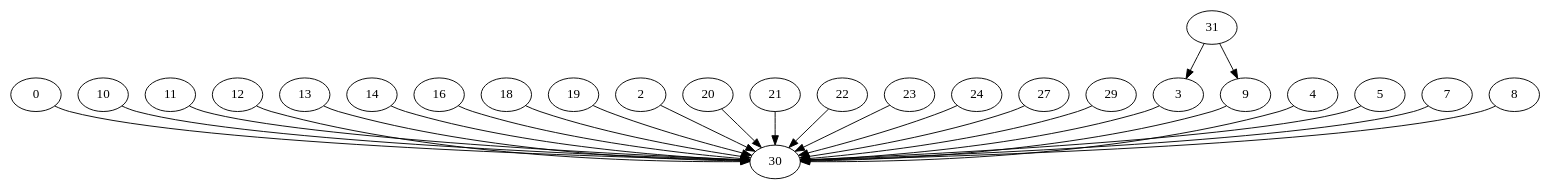
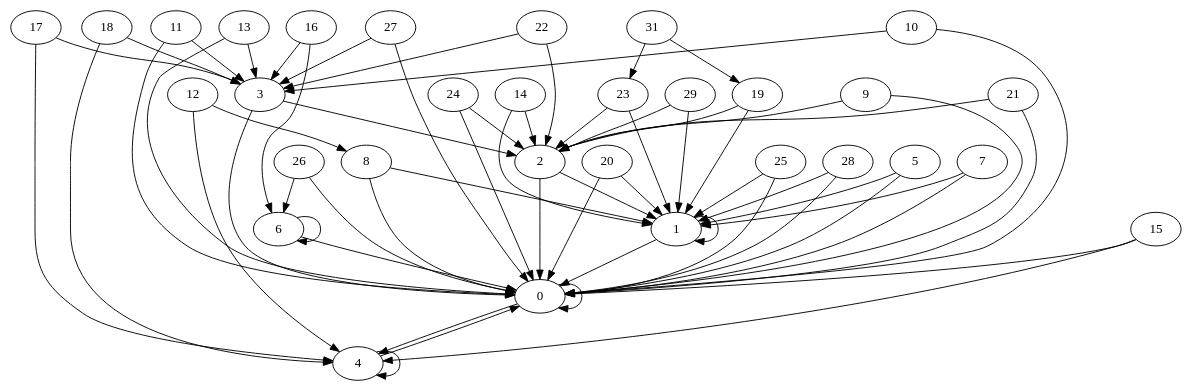
Before and after one commit to LostBitset/quiver_se: the diagram in quiver-gviz/reprdigraph.dot, drawn with Graphviz. The commit also changed 5 other files, not shown here.

```diff
--- a/quiver-gviz/reprdigraph.dot
+++ b/quiver-gviz/reprdigraph.dot
@@ -1,54 +1,97 @@
 digraph  {
 	
-	n14[label="0"];
-	n7[label="10"];
-	n15[label="11"];
-	n10[label="12"];
-	n8[label="13"];
-	n6[label="14"];
-	n25[label="16"];
-	n1[label="18"];
-	n22[label="19"];
-	n20[label="2"];
-	n11[label="20"];
-	n17[label="21"];
-	n23[label="22"];
-	n24[label="23"];
-	n16[label="24"];
-	n13[label="27"];
-	n21[label="29"];
-	n19[label="3"];
-	n2[label="30"];
-	n18[label="31"];
-	n4[label="4"];
-	n3[label="5"];
-	n9[label="7"];
-	n5[label="8"];
-	n12[label="9"];
+	n2[label="0"];
+	n13[label="1"];
+	n19[label="10"];
+	n25[label="11"];
+	n28[label="12"];
+	n29[label="13"];
+	n22[label="14"];
+	n24[label="15"];
+	n8[label="16"];
+	n20[label="17"];
+	n7[label="18"];
+	n11[label="19"];
+	n4[label="2"];
+	n31[label="20"];
+	n21[label="21"];
+	n3[label="22"];
+	n10[label="23"];
+	n15[label="24"];
+	n12[label="25"];
+	n14[label="26"];
+	n30[label="27"];
+	n23[label="28"];
+	n16[label="29"];
+	n5[label="3"];
+	n9[label="31"];
+	n6[label="4"];
+	n18[label="5"];
+	n1[label="6"];
+	n26[label="7"];
+	n27[label="8"];
+	n17[label="9"];
+	n2->n2[penwidth="1"];
+	n2->n6[penwidth="1"];
+	n13->n2[penwidth="1"];
+	n13->n13[penwidth="1"];
+	n19->n5[penwidth="1"];
+	n19->n2[penwidth="1"];
+	n25->n2[penwidth="1"];
+	n25->n5[penwidth="1"];
+	n28->n27[penwidth="1"];
+	n28->n6[penwidth="1"];
+	n29->n2[penwidth="1"];
+	n29->n5[penwidth="1"];
+	n22->n4[penwidth="1"];
+	n22->n13[penwidth="1"];
+	n24->n6[penwidth="1"];
+	n24->n2[penwidth="1"];
+	n8->n5[penwidth="1"];
+	n8->n1[penwidth="1"];
+	n20->n5[penwidth="1"];
+	n20->n6[penwidth="1"];
+	n7->n6[penwidth="1"];
+	n7->n5[penwidth="1"];
+	n11->n4[penwidth="1"];
+	n11->n13[penwidth="1"];
+	n4->n13[penwidth="1"];
+	n4->n2[penwidth="1"];
+	n31->n2[penwidth="1"];
+	n31->n13[penwidth="1"];
+	n21->n4[penwidth="1"];
+	n21->n2[penwidth="1"];
+	n3->n5[penwidth="1"];
+	n3->n4[penwidth="1"];
+	n10->n13[penwidth="1"];
+	n10->n4[penwidth="1"];
+	n15->n2[penwidth="1"];
+	n15->n4[penwidth="1"];
+	n12->n13[penwidth="1"];
+	n12->n2[penwidth="1"];
 	n14->n2[penwidth="1"];
-	n7->n2[penwidth="1"];
-	n15->n2[penwidth="1"];
-	n10->n2[penwidth="1"];
-	n8->n2[penwidth="1"];
+	n14->n1[penwidth="1"];
+	n30->n2[penwidth="1"];
+	n30->n5[penwidth="1"];
+	n23->n13[penwidth="1"];
+	n23->n2[penwidth="1"];
+	n16->n13[penwidth="1"];
+	n16->n4[penwidth="1"];
+	n5->n4[penwidth="1"];
+	n5->n2[penwidth="1"];
+	n9->n11[penwidth="1"];
+	n9->n10[penwidth="1"];
 	n6->n2[penwidth="1"];
-	n25->n2[penwidth="1"];
+	n6->n6[penwidth="1"];
+	n18->n13[penwidth="1"];
+	n18->n2[penwidth="1"];
 	n1->n2[penwidth="1"];
-	n22->n2[penwidth="1"];
-	n20->n2[penwidth="1"];
-	n11->n2[penwidth="1"];
+	n1->n1[penwidth="1"];
+	n26->n2[penwidth="1"];
+	n26->n13[penwidth="1"];
+	n27->n13[penwidth="1"];
+	n27->n2[penwidth="1"];
 	n17->n2[penwidth="1"];
-	n23->n2[penwidth="1"];
-	n24->n2[penwidth="1"];
-	n16->n2[penwidth="1"];
-	n13->n2[penwidth="1"];
-	n21->n2[penwidth="1"];
-	n19->n2[penwidth="1"];
-	n18->n12[penwidth="1"];
-	n18->n19[penwidth="1"];
-	n4->n2[penwidth="1"];
-	n3->n2[penwidth="1"];
-	n9->n2[penwidth="1"];
-	n5->n2[penwidth="1"];
-	n12->n2[penwidth="1"];
+	n17->n4[penwidth="1"];
 	
 }
```
